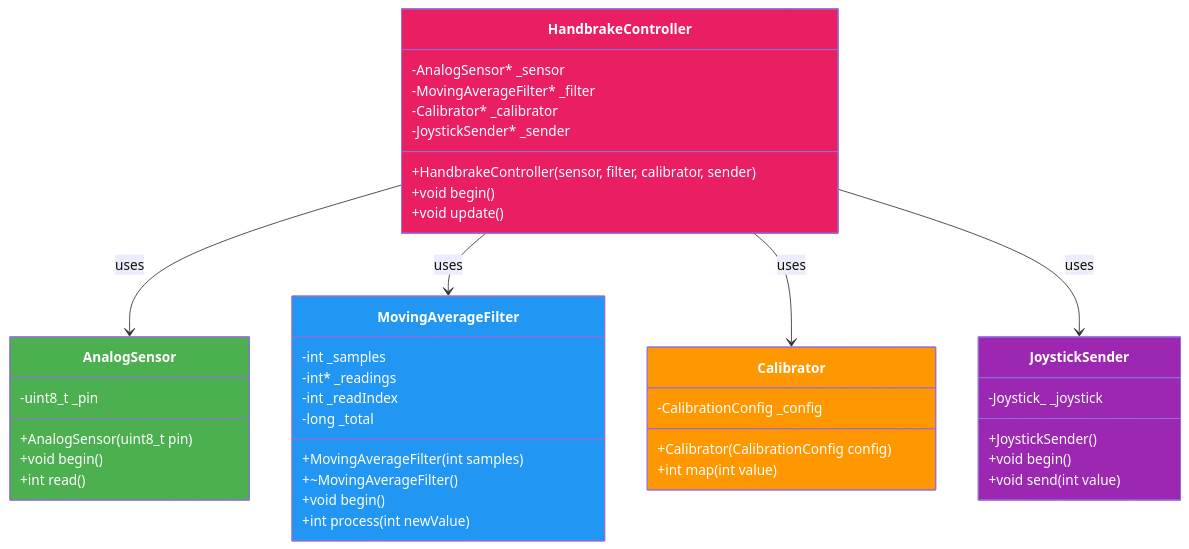
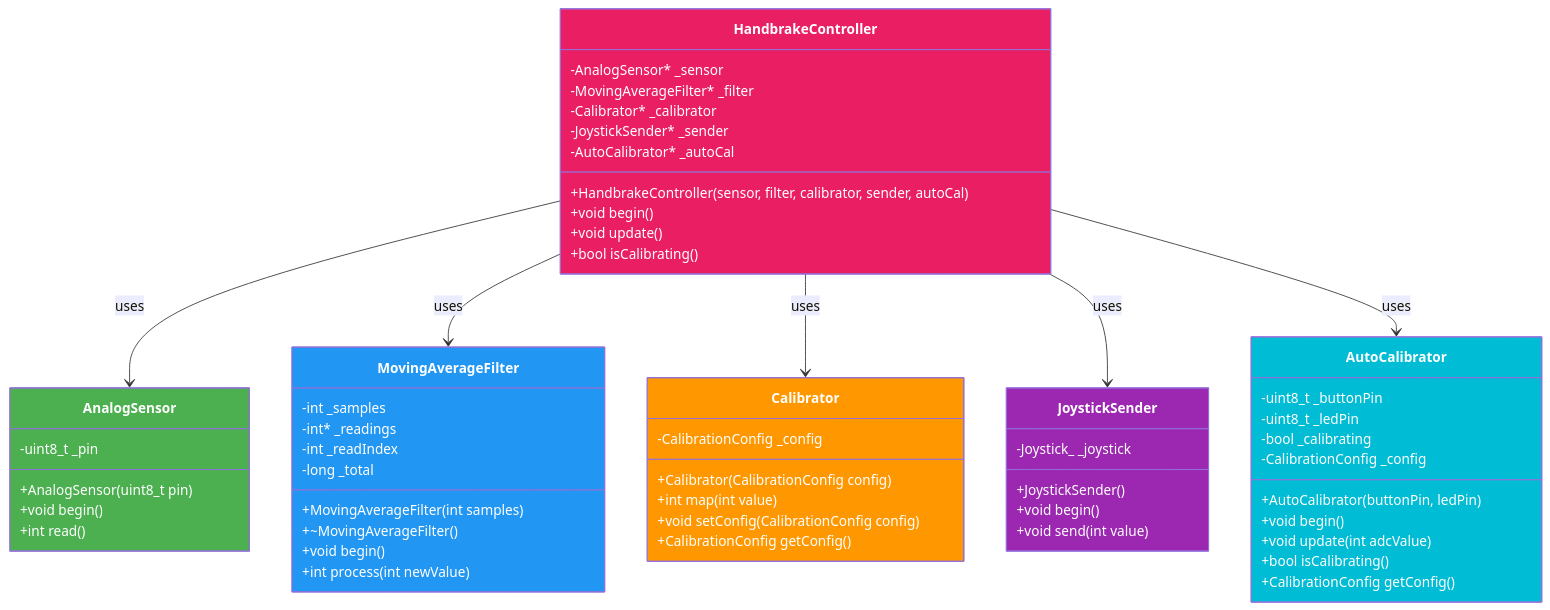
Before and after one commit to adrianmarino/sim-handbreak: the fourth of 6 diagrams in README.md, drawn with Mermaid. The commit also changed other lines of this file and 8 other files, not shown here.

````diff
--- a/README.md
+++ b/README.md
@@ -231,54 +298,72 @@
 ```mermaid
 classDiagram
     class AnalogSensor {
         -uint8_t _pin
         +AnalogSensor(uint8_t pin)
         +void begin()
         +int read()
     }
     
     class MovingAverageFilter {
         -int _samples
         -int* _readings
         -int _readIndex
         -long _total
         +MovingAverageFilter(int samples)
         +~MovingAverageFilter()
         +void begin()
         +int process(int newValue)
     }
     
     class Calibrator {
         -CalibrationConfig _config
         +Calibrator(CalibrationConfig config)
         +int map(int value)
+        +void setConfig(CalibrationConfig config)
+        +CalibrationConfig getConfig()
+    }
+    
+    class AutoCalibrator {
+        -uint8_t _buttonPin
+        -uint8_t _ledPin
+        -bool _calibrating
+        -CalibrationConfig _config
+        +AutoCalibrator(buttonPin, ledPin)
+        +void begin()
+        +void update(int adcValue)
+        +bool isCalibrating()
+        +CalibrationConfig getConfig()
     }
     
     class JoystickSender {
         -Joystick_ _joystick
         +JoystickSender()
         +void begin()
         +void send(int value)
     }
     
     class HandbrakeController {
         -AnalogSensor* _sensor
         -MovingAverageFilter* _filter
         -Calibrator* _calibrator
         -JoystickSender* _sender
-        +HandbrakeController(sensor, filter, calibrator, sender)
+        -AutoCalibrator* _autoCal
+        +HandbrakeController(sensor, filter, calibrator, sender, autoCal)
         +void begin()
         +void update()
+        +bool isCalibrating()
     }
     
     HandbrakeController --> AnalogSensor : uses
     HandbrakeController --> MovingAverageFilter : uses
     HandbrakeController --> Calibrator : uses
     HandbrakeController --> JoystickSender : uses
+    HandbrakeController --> AutoCalibrator : uses
     
     style HandbrakeController fill:#e91e63,color:#fff
     style AnalogSensor fill:#4caf50,color:#fff
     style MovingAverageFilter fill:#2196f3,color:#fff
     style Calibrator fill:#ff9800,color:#fff
+    style AutoCalibrator fill:#00bcd4,color:#fff
     style JoystickSender fill:#9c27b0,color:#fff
 ```
````
